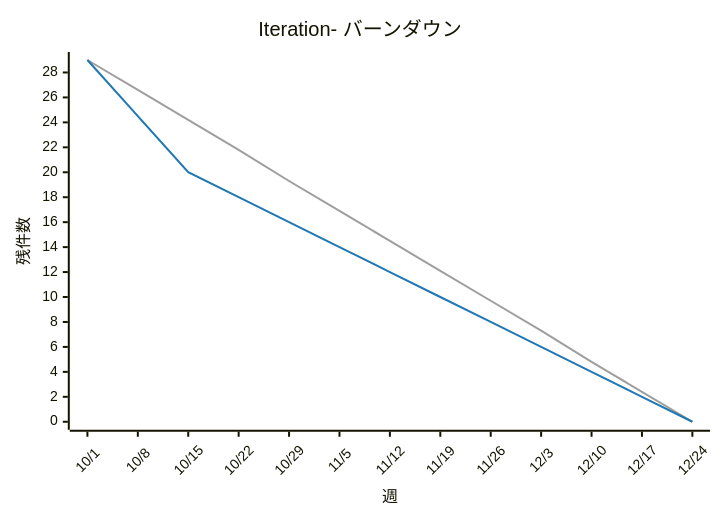
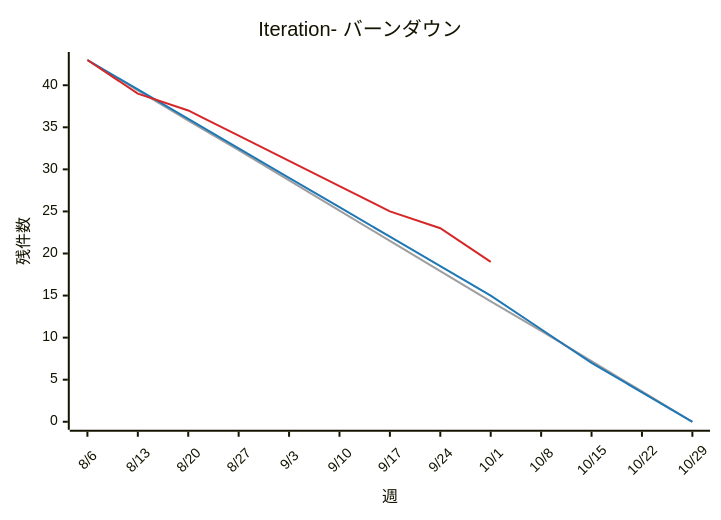
Before and after one commit to backpaper0/gitlab-backlog-reporter: the diagram in tests/golden/colors.md, drawn with Mermaid. The commit also changed other lines of this file and 9 other files, not shown here.

````diff
--- a/tests/golden/colors.md
+++ b/tests/golden/colors.md
@@ -24,18 +24,18 @@
 ```mermaid
 ---
 config:
   xyChart:
     xAxis:
       labelRotation: -45
   themeVariables:
     xyChart:
       plotColorPalette: "#9e9e9e, #1f77b4, #d62728"
 ---
 xychart-beta
   title "Iteration- バーンダウン"
-  x-axis "週" ["10/1", "10/8", "10/15", "10/22", "10/29", "11/5", "11/12", "11/19", "11/26", "12/3", "12/10", "12/17", "12/24"]
-  y-axis "残件数" 0 --> 29
-  line "理想" [29, 26.6, 24.2, 21.8, 19.3, 16.9, 14.5, 12.1, 9.7, 7.3, 4.8, 2.4, 0]
-  line "予定" [29, 24.5, 20, 18, 16, 14, 12, 10, 8, 6, 4, 2, 0]
-  line "実績" [29]
+  x-axis "週" ["8/6", "8/13", "8/20", "8/27", "9/3", "9/10", "9/17", "9/24", "10/1", "10/8", "10/15", "10/22", "10/29"]
+  y-axis "残件数" 0 --> 43
+  line "理想" [43, 39.4, 35.8, 32.3, 28.7, 25.1, 21.5, 17.9, 14.3, 10.8, 7.2, 3.6, 0]
+  line "予定" [43, 39.5, 36, 32.5, 29, 25.5, 22, 18.5, 15, 11, 7, 3.5, 0]
+  line "実績" [43, 39, 37, 34, 31, 28, 25, 23, 19]
 ```
````
